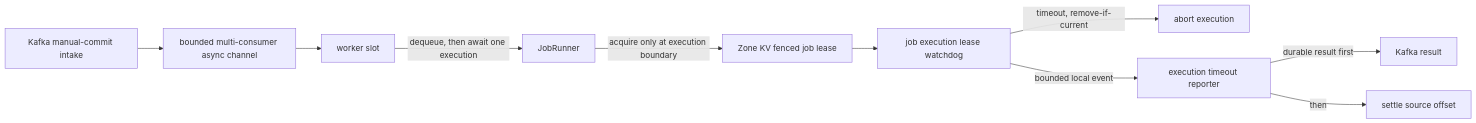
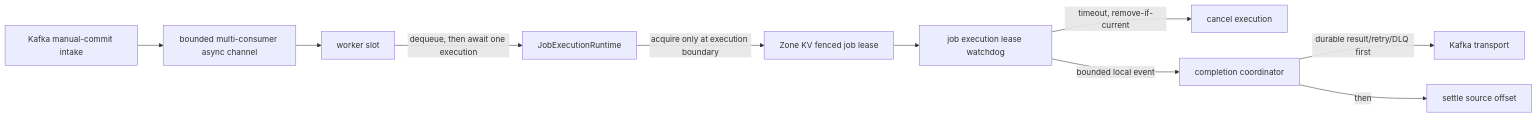
Before and after one commit to phucle996/aurora: the third of 3 diagrams in god_view/dataplane/leader_worker_god_view.md, drawn with Mermaid. The commit also changed other lines of this file and 62 other files, not shown here.

Commit message:
refactor: migrate job lifecycle to a new structured job_runtime module architecture

````diff
--- a/god_view/dataplane/leader_worker_god_view.md
+++ b/god_view/dataplane/leader_worker_god_view.md
@@ -104,12 +104,12 @@
 ```mermaid
 flowchart LR
     K[Kafka manual-commit intake] --> Q[bounded multi-consumer async channel]
     Q --> W[worker slot]
-    W -->|dequeue, then await one execution| J[JobRunner]
+    W -->|dequeue, then await one execution| J[JobExecutionRuntime]
     J -->|acquire only at execution boundary| L[Zone KV fenced job lease]
     L --> WD[job execution lease watchdog]
-    WD -->|timeout, remove-if-current| A[abort execution]
-    WD -->|bounded local event| TR[execution timeout reporter]
-    TR -->|durable result first| KR[Kafka result]
-    TR -->|then| KC[settle source offset]
+    WD -->|timeout, remove-if-current| A[cancel execution]
+    WD -->|bounded local event| C[completion coordinator]
+    C -->|durable result/retry/DLQ first| KR[Kafka transport]
+    C -->|then| KC[settle source offset]
 ```
````
